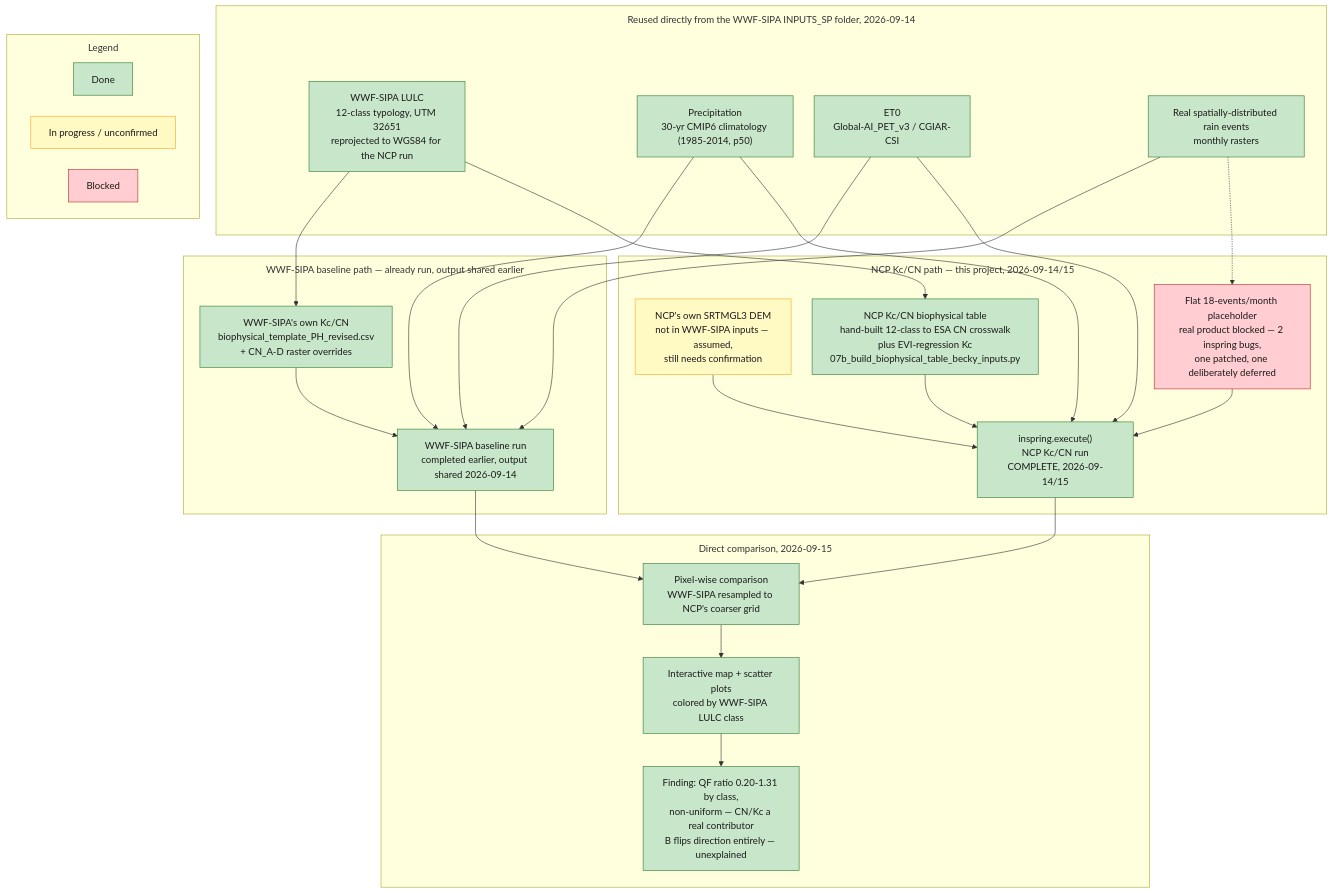
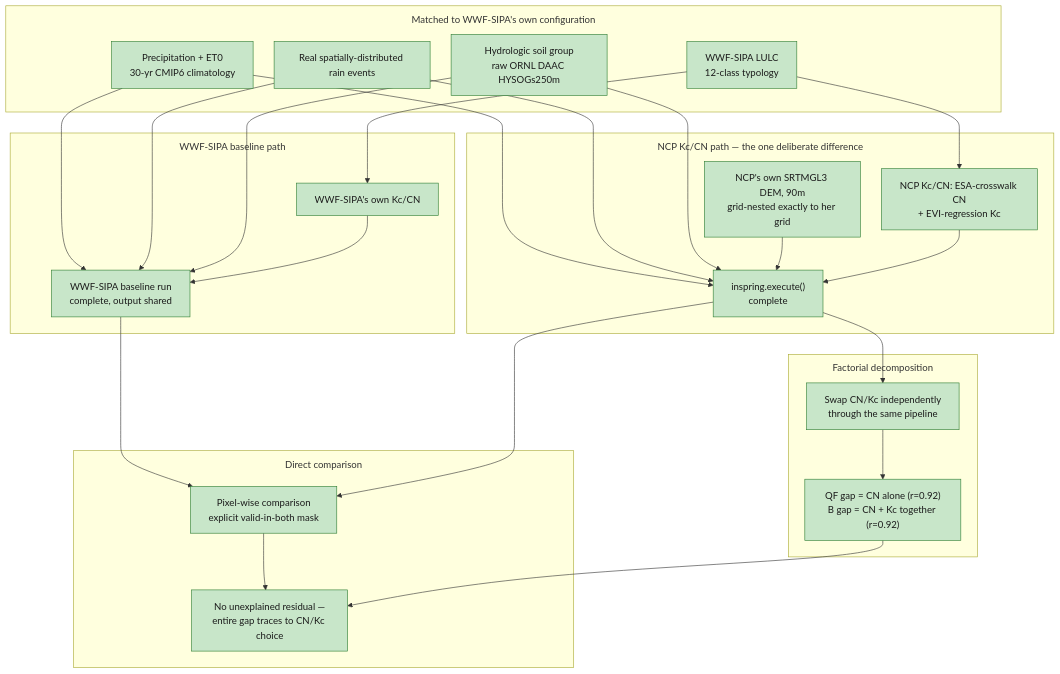
One commit to springinnovate/global_NCP changed the diagram in docs/reports/swy/swy_status_report.qmd. Above: the diagram before and after it, drawn with Mermaid. The commit also changed other lines of this file and 31 other files, not shown here.

First line of the commit message:
Grid-nest the Philippines SWY comparison, run a full CN/Kc factorial, and close out the validation

````diff
--- a/docs/reports/swy/swy_status_report.qmd
+++ b/docs/reports/swy/swy_status_report.qmd
@@ -133,57 +45,52 @@
 ```{mermaid}
 %%| label: fig-workflow-philippines-report
 %%| fig-cap: "Philippines Kc/CN comparison: WWF-SIPA baseline vs. NCP Kc/CN run, both paths side by side."
 %%{init: {'themeVariables': {'fontSize': '16px'}, 'flowchart': {'rankSpacing': 55, 'nodeSpacing': 35, 'padding': 15, 'subGraphTitleMargin': {'top': 10, 'bottom': 10}}}}%%
 flowchart TD
-    subgraph SHARED["Reused directly from the WWF-SIPA INPUTS_SP folder, 2026-09-14"]
-        LULC["WWF-SIPA LULC<br/>12-class typology, UTM 32651<br/>reprojected to WGS84 for the NCP run"]:::done
-        PRECIP["Precipitation<br/>30-yr CMIP6 climatology (1985-2014, p50)"]:::done
-        ET0["ET0<br/>Global-AI_PET_v3 / CGIAR-CSI"]:::done
-        RAINEV["Real spatially-distributed rain events<br/>monthly rasters"]:::done
+    subgraph SHARED["Matched to WWF-SIPA's own configuration"]
+        LULC["WWF-SIPA LULC<br/>12-class typology"]:::done
+        PRECIP["Precipitation + ET0<br/>30-yr CMIP6 climatology"]:::done
+        RAINEV["Real spatially-distributed rain events"]:::done
+        SOIL["Hydrologic soil group<br/>raw ORNL DAAC HYSOGs250m"]:::done
     end
 
-    subgraph BASELINE["WWF-SIPA baseline path — already run, output shared earlier"]
-        BASECNKC["WWF-SIPA's own Kc/CN<br/>biophysical_template_PH_revised.csv<br/>+ CN_A-D raster overrides"]:::done
-        BASERUN["WWF-SIPA baseline run<br/>completed earlier, output shared 2026-09-14"]:::done
+    subgraph BASELINE["WWF-SIPA baseline path"]
+        BASECNKC["WWF-SIPA's own Kc/CN"]:::done
+        BASERUN["WWF-SIPA baseline run<br/>complete, output shared"]:::done
     end
 
-    subgraph NCPPATH["NCP Kc/CN path — this project, 2026-09-14/15"]
-        DEM["NCP's own SRTMGL3 DEM<br/>not in WWF-SIPA inputs — assumed,<br/>still needs confirmation"]:::progress
-        CROSSWALK["NCP Kc/CN biophysical table<br/>hand-built 12-class to ESA CN crosswalk<br/>plus EVI-regression Kc<br/>07b_build_biophysical_table_becky_inputs.py"]:::done
-        PLACEHOLDER["Flat 18-events/month placeholder<br/>real product blocked — 2 inspring bugs,<br/>one patched, one deliberately deferred"]:::blocked
-        NCPRUN["inspring.execute()<br/>NCP Kc/CN run<br/>COMPLETE, 2026-09-14/15"]:::done
+    subgraph NCPPATH["NCP Kc/CN path — the one deliberate difference"]
+        DEM["NCP's own SRTMGL3 DEM, 90m<br/>grid-nested exactly to her grid"]:::done
+        CROSSWALK["NCP Kc/CN: ESA-crosswalk CN<br/>+ EVI-regression Kc"]:::done
+        NCPRUN["inspring.execute()<br/>complete"]:::done
     end
 
-    subgraph COMPARE["Direct comparison, 2026-09-15"]
-        PIXEL["Pixel-wise comparison<br/>WWF-SIPA resampled to NCP's coarser grid"]:::done
-        MAPS["Interactive map + scatter plots<br/>colored by WWF-SIPA LULC class"]:::done
-        FINDING["Finding: QF ratio 0.20-1.31 by class,<br/>non-uniform — CN/Kc a real contributor<br/>B flips direction entirely — unexplained"]:::done
+    subgraph FACTORIAL["Factorial decomposition"]
+        SWAP["Swap CN/Kc independently<br/>through the same pipeline"]:::done
+        ATTRIB["QF gap = CN alone (r=0.92)<br/>B gap = CN + Kc together (r=0.92)"]:::done
+    end
+
+    subgraph COMPARE["Direct comparison"]
+        PIXEL["Pixel-wise comparison<br/>explicit valid-in-both mask"]:::done
+        FINDING["No unexplained residual —<br/>entire gap traces to CN/Kc choice"]:::done
     end
 
     LULC --> BASECNKC
     LULC --> CROSSWALK
     PRECIP --> BASERUN
     PRECIP --> NCPRUN
-    ET0 --> BASERUN
-    ET0 --> NCPRUN
     RAINEV --> BASERUN
-    RAINEV -.-> PLACEHOLDER
+    RAINEV --> NCPRUN
+    SOIL --> BASERUN
+    SOIL --> NCPRUN
     BASECNKC --> BASERUN
     DEM --> NCPRUN
     CROSSWALK --> NCPRUN
-    PLACEHOLDER --> NCPRUN
     BASERUN --> PIXEL
     NCPRUN --> PIXEL
-    PIXEL --> MAPS --> FINDING
-
-    subgraph LEGEND["Legend"]
-        direction LR
-        LDONE["Done"]:::done
-        LPROG["In progress / unconfirmed"]:::progress
-        LBLOCK["Blocked"]:::blocked
-    end
+    NCPRUN --> SWAP --> ATTRIB
+    PIXEL --> FINDING
+    ATTRIB --> FINDING
 
     classDef done fill:#c8e6c9,stroke:#2e7d32,color:#1b1b1b
-    classDef progress fill:#fff9c4,stroke:#f9a825,color:#1b1b1b
-    classDef blocked fill:#ffcdd2,stroke:#c62828,color:#1b1b1b
 ```
````
